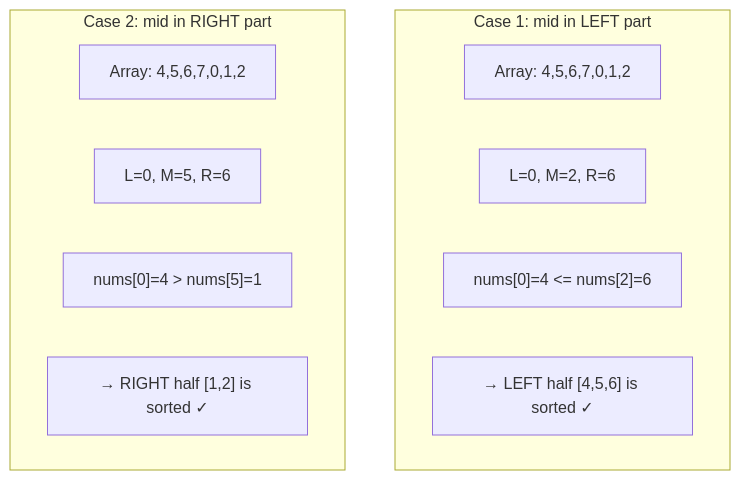
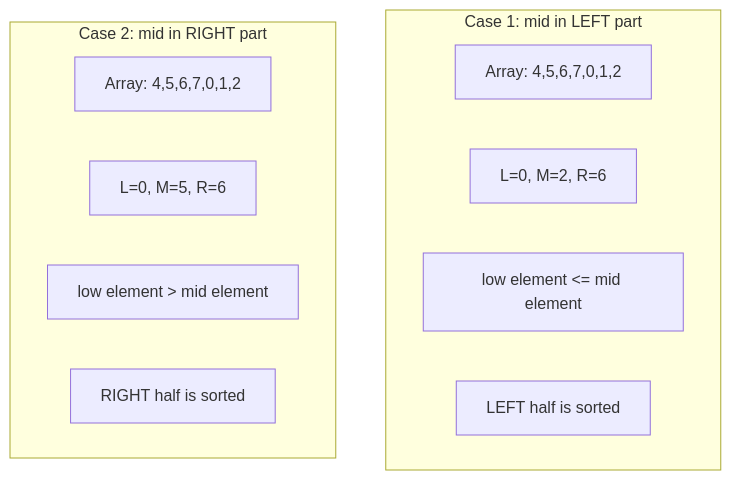
One commit to pentoshi007/tuf changed diagram 12 of 14 in dsa/Advanced/04-Binary search/02-logic-building/logic-building-1.md. Above: the diagram before and after it, drawn with Mermaid. The commit also changed other lines of this file and 1 other file, not shown here.

First line of the commit message:
Fix Mermaid diagram syntax for GitHub compatibility

````diff
--- a/dsa/Advanced/04-Binary search/02-logic-building/logic-building-1.md
+++ b/dsa/Advanced/04-Binary search/02-logic-building/logic-building-1.md
@@ -697,16 +699,16 @@
 ```mermaid
 flowchart TB
     subgraph Case1["Case 1: mid in LEFT part"]
         A1["Array: 4,5,6,7,0,1,2"]
         A2["L=0, M=2, R=6"]
-        A3["nums[0]=4 <= nums[2]=6"]
-        A4["→ LEFT half [4,5,6] is sorted ✓"]
+        A3["low element <= mid element"]
+        A4["LEFT half is sorted"]
     end
     
     subgraph Case2["Case 2: mid in RIGHT part"]
         B1["Array: 4,5,6,7,0,1,2"]
         B2["L=0, M=5, R=6"]
-        B3["nums[0]=4 > nums[5]=1"]
-        B4["→ RIGHT half [1,2] is sorted ✓"]
+        B3["low element > mid element"]
+        B4["RIGHT half is sorted"]
     end
 ```
````
